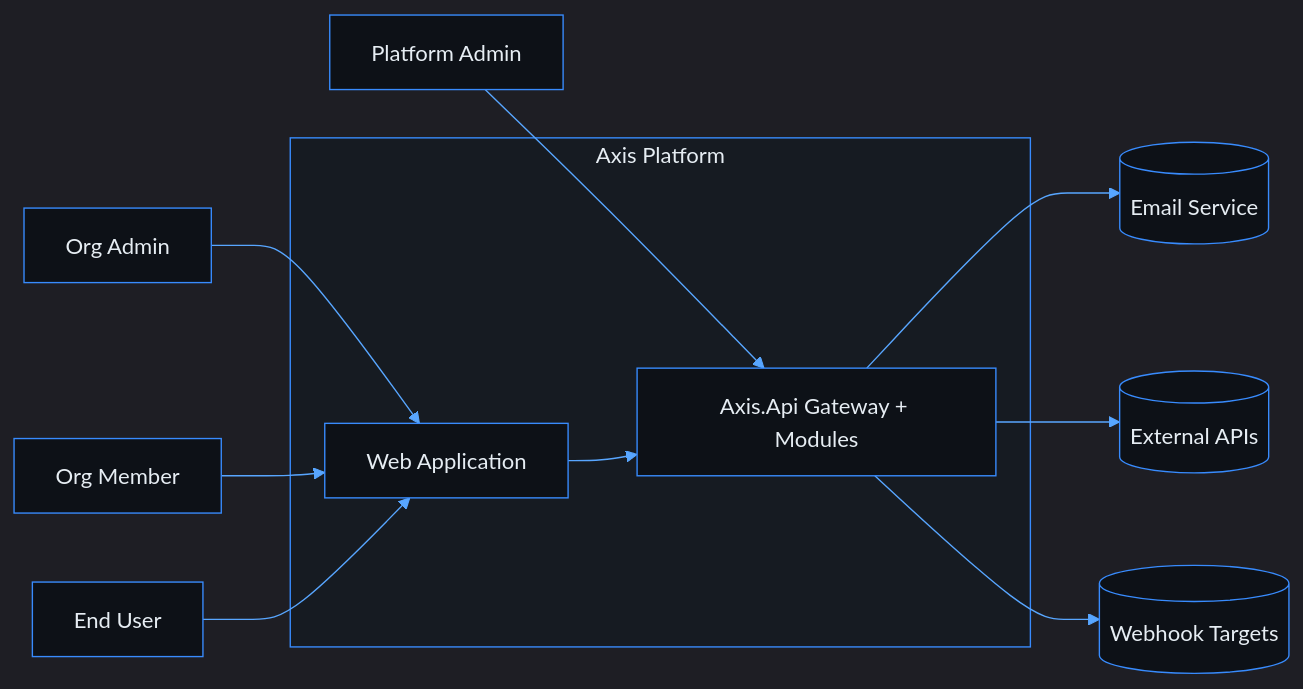
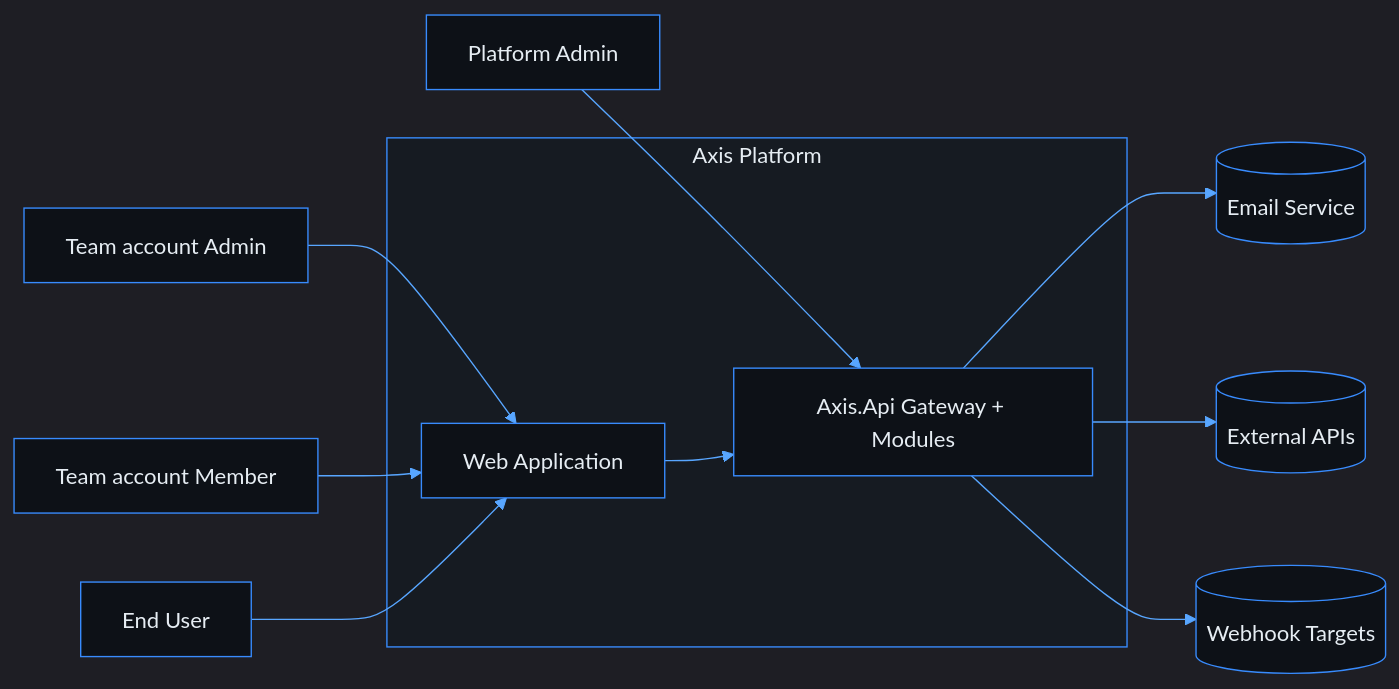
The first of 3 diagrams in docs/README.md (phuongnse/axis), drawn with Mermaid before and after one commit. The commit also changed other lines of this file and 971 other files, not shown here.

Commit message:
refactor(identity): adopt team account terminology

````diff
--- a/docs/README.md
+++ b/docs/README.md
@@ -72,26 +72,26 @@
 ```mermaid
 %%{init: {'theme':'dark','themeVariables':{'background':'#0d1117','mainBkg':'#0d1117','primaryColor':'#161b22','primaryBorderColor':'#388bfd','primaryTextColor':'#e6edf3','secondaryColor':'#21262d','secondaryBorderColor':'#388bfd','secondaryTextColor':'#e6edf3','tertiaryColor':'#161b22','tertiaryTextColor':'#e6edf3','lineColor':'#58a6ff','textColor':'#e6edf3','nodeBorder':'#388bfd','clusterBkg':'#161b22','clusterBorder':'#388bfd','titleColor':'#e6edf3','edgeLabelBackground':'#161b22','actorBkg':'#161b22','actorBorder':'#388bfd','actorTextColor':'#e6edf3','signalColor':'#58a6ff','labelBoxBkgColor':'#161b22','labelBoxBorderColor':'#388bfd','noteBkgColor':'#161b22','noteBorderColor':'#388bfd','noteTextColor':'#c9d1d9','activationBkgColor':'#30363d'}}}%%
 flowchart LR
   PA[Platform Admin]
-  OA[Org Admin]
-  OM[Org Member]
+  OA[Team account Admin]
+  OM[Team account Member]
   EU[End User]
 
   subgraph Axis["Axis Platform"]
     SPA[Web Application]
     API[Axis.Api Gateway + Modules]
   end
 
   Email[(Email Service)]
   ExtAPI[(External APIs)]
   Webhook[(Webhook Targets)]
 
   PA --> API
   OA --> SPA
   OM --> SPA
   EU --> SPA
   SPA --> API
   API --> Email
   API --> ExtAPI
   API --> Webhook
 ```
````
